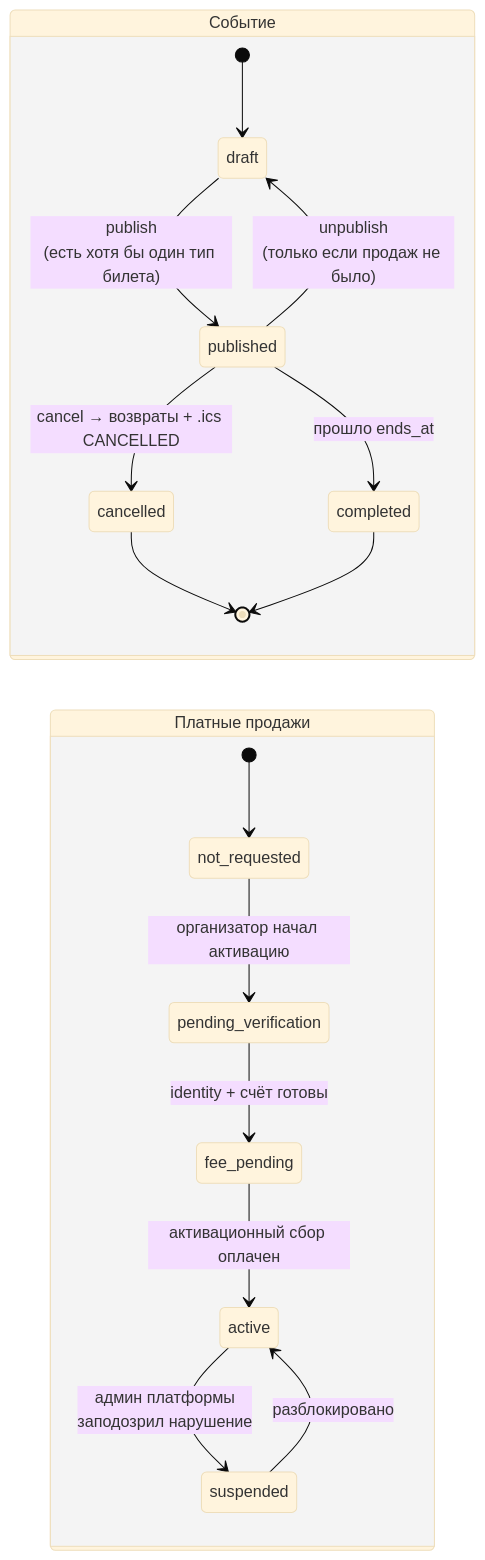
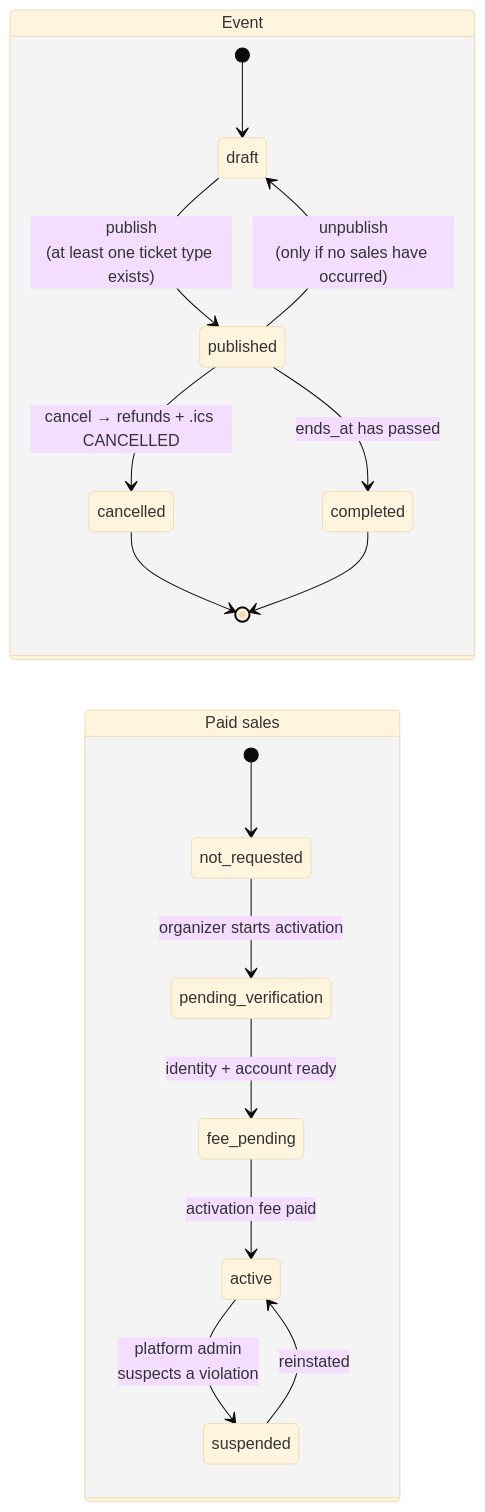
One commit to Figusama/BiletFlow changed the seventh of 7 diagrams in README.md. Above: the diagram before and after it, drawn with Mermaid (base theme). The commit also changed other lines of this file, not shown here.

````diff
--- a/README.md
+++ b/README.md
@@ -455,21 +454,21 @@
 ```mermaid
 stateDiagram-v2
   direction LR
-  state "Событие" as EV {
+  state "Event" as EV {
     [*] --> draft
-    draft --> published: publish<br/>(есть хотя бы один тип билета)
-    published --> draft: unpublish<br/>(только если продаж не было)
-    published --> cancelled: cancel → возвраты + .ics CANCELLED
-    published --> completed: прошло ends_at
+    draft --> published: publish<br/>(at least one ticket type exists)
+    published --> draft: unpublish<br/>(only if no sales have occurred)
+    published --> cancelled: cancel → refunds + .ics CANCELLED
+    published --> completed: ends_at has passed
     cancelled --> [*]
     completed --> [*]
   }
-  state "Платные продажи" as PS {
+  state "Paid sales" as PS {
     [*] --> not_requested
-    not_requested --> pending_verification: организатор начал активацию
-    pending_verification --> fee_pending: identity + счёт готовы
-    fee_pending --> active: активационный сбор оплачен
-    active --> suspended: админ платформы<br/>заподозрил нарушение
-    suspended --> active: разблокировано
+    not_requested --> pending_verification: organizer starts activation
+    pending_verification --> fee_pending: identity + account ready
+    fee_pending --> active: activation fee paid
+    active --> suspended: platform admin<br/>suspects a violation
+    suspended --> active: reinstated
   }
 ```
````
